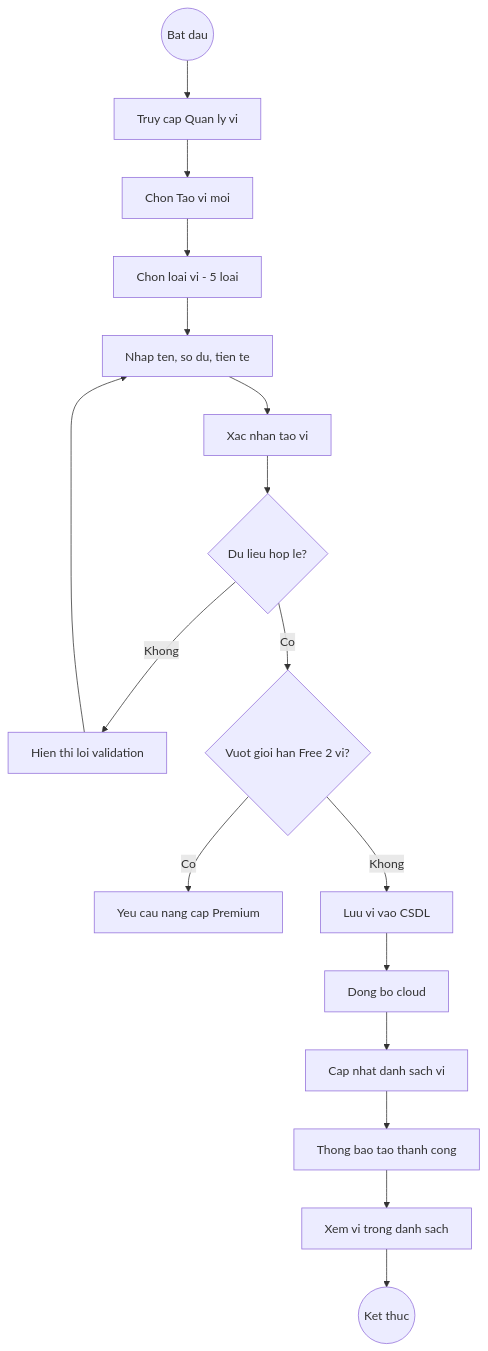
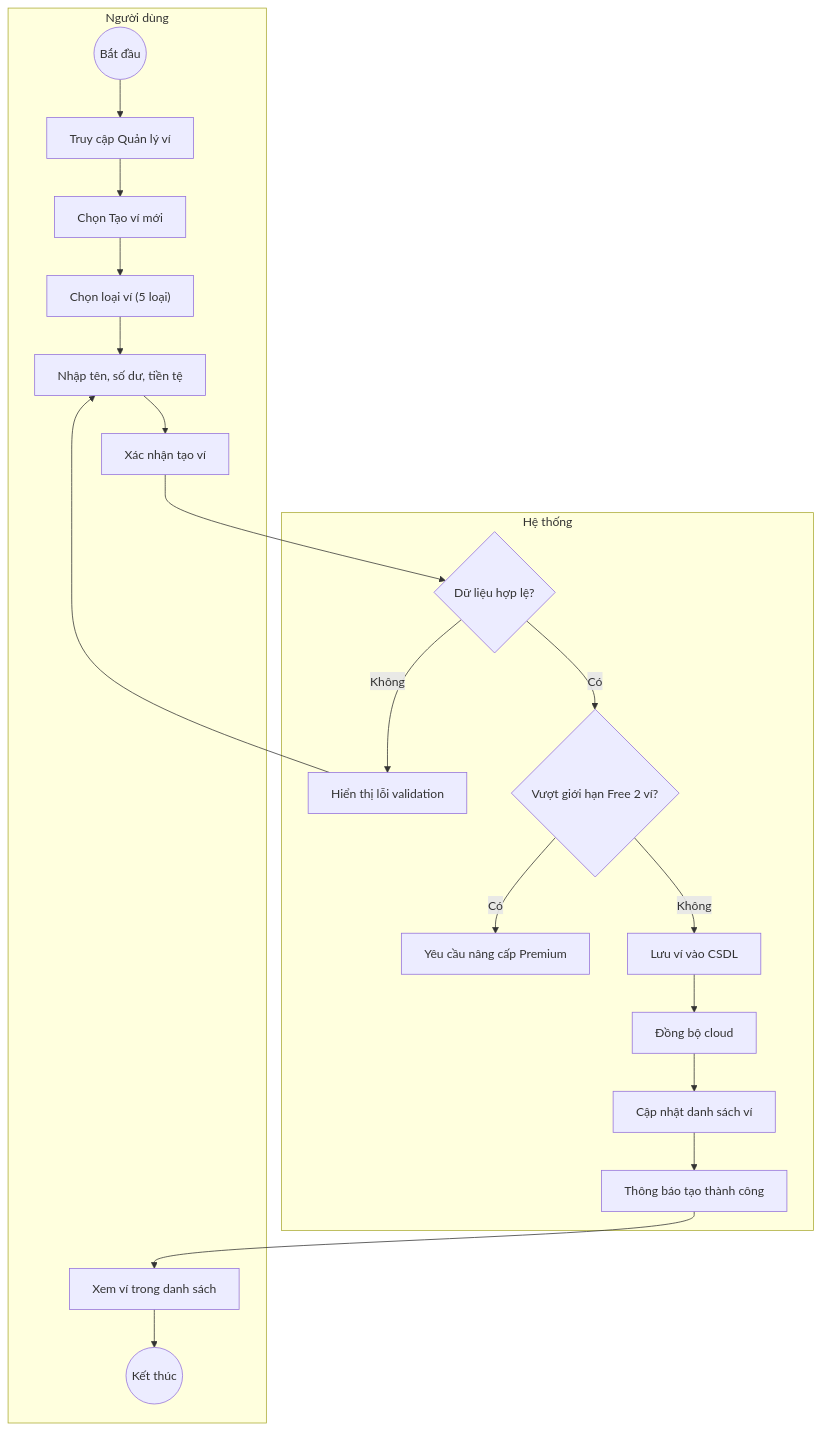
One commit to Hieu-vn/Graduation-Thesis changed the third of 10 diagrams in Nghiên cứu MISA MoneyKeeper.md. Above: the diagram before and after it, drawn with Mermaid. The commit also changed other lines of this file, not shown here.

First line of the commit message:
fix: Fix mermaid diagrams QT07-QT10 for GitHub rendering

````diff
--- a/Nghiên cứu MISA MoneyKeeper.md
+++ b/Nghiên cứu MISA MoneyKeeper.md
@@ -90,18 +99,22 @@
 ```mermaid
 flowchart TD
-    A((Bat dau)) --> B[Truy cap Quan ly vi]
-    B --> C[Chon Tao vi moi]
-    C --> D[Chon loai vi - 5 loai]
-    D --> E[Nhap ten, so du, tien te]
-    E --> F[Xac nhan tao vi]
-    F --> G{Du lieu hop le?}
-    G -->|Khong| G2[Hien thi loi validation] --> E
-    G -->|Co| H{Vuot gioi han Free 2 vi?}
-    H -->|Co| H2[Yeu cau nang cap Premium]
-    H -->|Khong| I[Luu vi vao CSDL]
-    I --> J[Dong bo cloud]
-    J --> K[Cap nhat danh sach vi]
-    K --> K2[Thong bao tao thanh cong]
-    K2 --> L[Xem vi trong danh sach]
-    L --> M((Ket thuc))
+    subgraph "Người dùng"
+        A((Bắt đầu)) --> B[Truy cập Quản lý ví]
+        B --> C[Chọn Tạo ví mới]
+        C --> D["Chọn loại ví (5 loại)"]
+        D --> E["Nhập tên, số dư, tiền tệ"]
+        E --> F[Xác nhận tạo ví]
+        L[Xem ví trong danh sách] --> M((Kết thúc))
+    end
+    subgraph "Hệ thống"
+        F --> G{Dữ liệu hợp lệ?}
+        G -->|Không| G2[Hiển thị lỗi validation] --> E
+        G -->|Có| H{Vượt giới hạn Free 2 ví?}
+        H -->|Có| H2[Yêu cầu nâng cấp Premium]
+        H -->|Không| I[Lưu ví vào CSDL]
+        I --> J[Đồng bộ cloud]
+        J --> K[Cập nhật danh sách ví]
+        K --> K2[Thông báo tạo thành công]
+    end
+    K2 --> L
 ```
````
